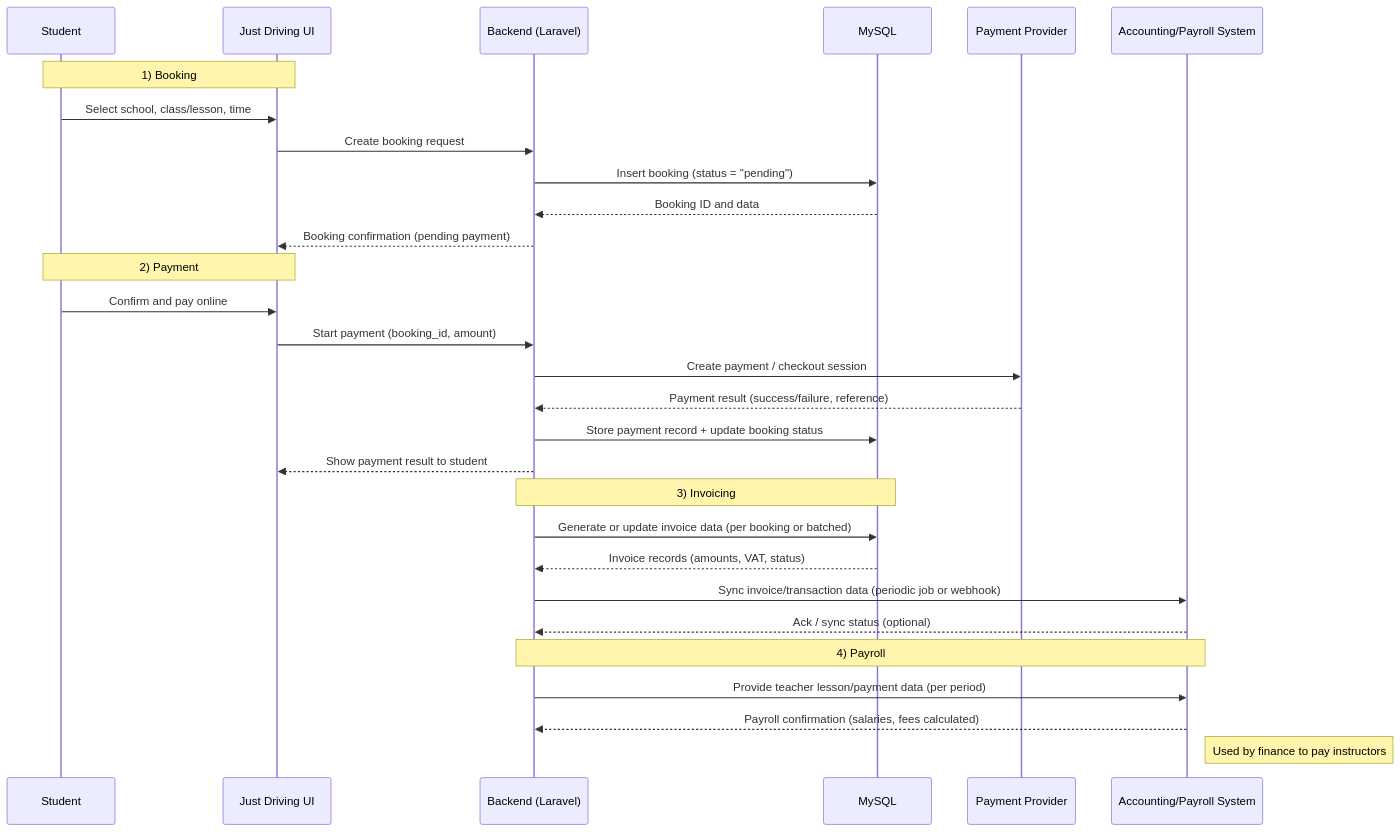
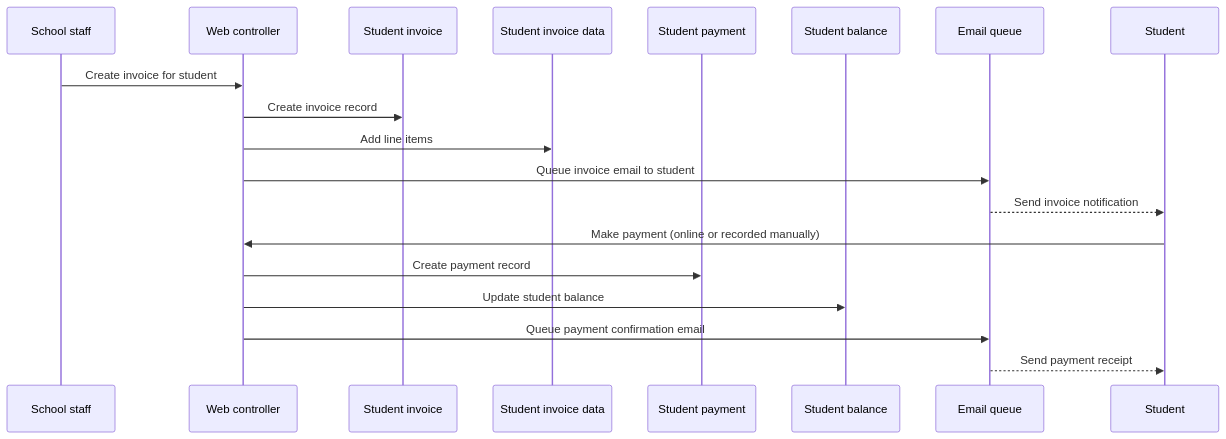
Before and after one commit to nuvia-projects/justdriving-docs: the fourth of 5 diagrams in docs/data/flow.md, drawn with Mermaid. The commit also changed other lines of this file and 12 other files, not shown here.

First line of the commit message:
Refactor documentation for data flow, indexing strategies, relationships, and permissions

````diff
--- a/docs/data/flow.md
+++ b/docs/data/flow.md
@@ -12,41 +108,22 @@
 ```mermaid
 sequenceDiagram
-participant Student
-participant Web as Just Driving UI
-participant App as Backend (Laravel)
-participant DB as MySQL
-participant Pay as Payment Provider
-participant Acc as Accounting/Payroll System
-Note over Student,Web: 1) Booking
+    participant School as School staff
+    participant Web as Web controller
+    participant Invoice as Student invoice
+    participant InvoiceData as Student invoice data
+    participant Payment as Student payment
+    participant Balance as Student balance
+    participant Email as Email queue
 
-Student->>Web: Select school, class/lesson, time
-Web->>App: Create booking request
-App->>DB: Insert booking (status = "pending")
-DB-->>App: Booking ID and data
-App-->>Web: Booking confirmation (pending payment)
-
-Note over Student,Web: 2) Payment
-
-Student->>Web: Confirm and pay online
-Web->>App: Start payment (booking_id, amount)
-App->>Pay: Create payment / checkout session
-Pay-->>App: Payment result (success/failure, reference)
-App->>DB: Store payment record + update booking status
-App-->>Web: Show payment result to student
-
-Note over App,DB: 3) Invoicing
-
-App->>DB: Generate or update invoice data (per booking or batched)
-DB-->>App: Invoice records (amounts, VAT, status)
-App->>Acc: Sync invoice/transaction data (periodic job or webhook)
-Acc-->>App: Ack / sync status (optional)
-
-Note over App,Acc: 4) Payroll
-
-App->>Acc: Provide teacher lesson/payment data (per period)
-Acc-->>App: Payroll confirmation (salaries, fees calculated)
-Note right of Acc: Used by finance to pay instructors
-
-
+    School->>Web: Create invoice for student
+    Web->>Invoice: Create invoice record
+    Web->>InvoiceData: Add line items
+    Web->>Email: Queue invoice email to student
+    Email-->>Student: Send invoice notification
+    Student->>Web: Make payment (online or recorded manually)
+    Web->>Payment: Create payment record
+    Web->>Balance: Update student balance
+    Web->>Email: Queue payment confirmation email
+    Email-->>Student: Send payment receipt
 
 ```
````
